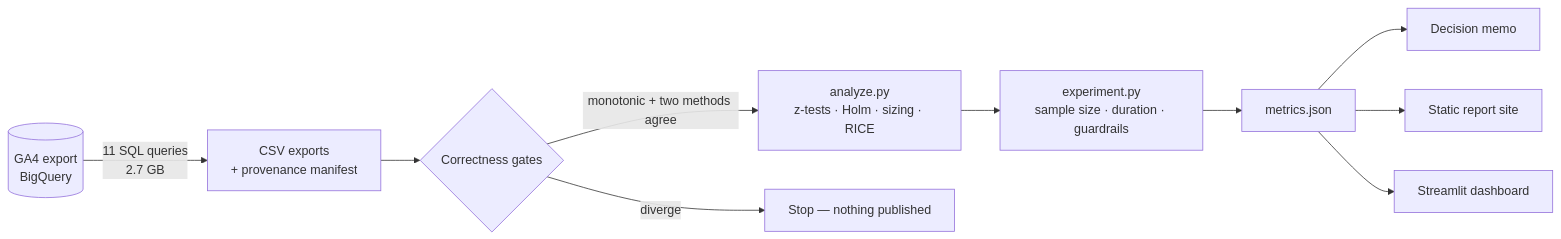
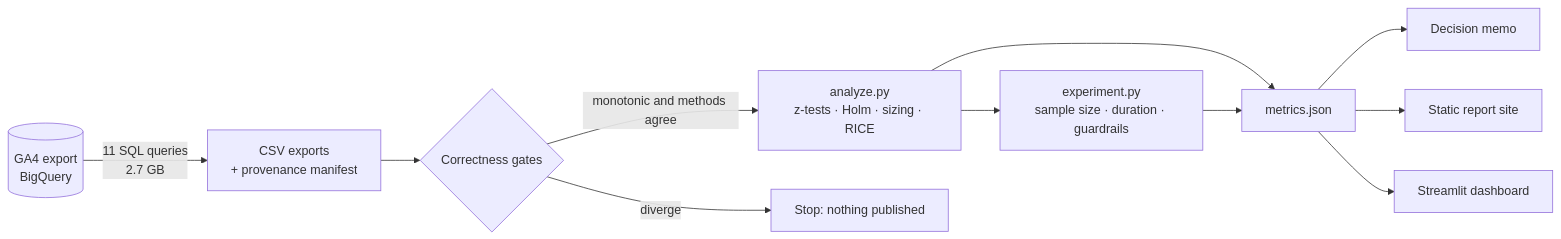
The diagram in README.md (IshaanS0112/FunnelScope), drawn with Mermaid before and after one commit. The commit also changed other lines of this file, not shown here.

````diff
--- a/README.md
+++ b/README.md
@@ -51,12 +49,13 @@
 ```mermaid
 flowchart LR
     A[(GA4 export<br/>BigQuery)] -->|11 SQL queries<br/>2.7 GB| B[CSV exports<br/>+ provenance manifest]
     B --> C{Correctness gates}
-    C -->|monotonic + two methods agree| D[analyze.py<br/>z-tests · Holm · sizing · RICE]
-    C -->|diverge| X[Stop — nothing published]
+    C -->|monotonic and methods agree| D[analyze.py<br/>z-tests · Holm · sizing · RICE]
+    C -->|diverge| X[Stop: nothing published]
     D --> T[experiment.py<br/>sample size · duration · guardrails]
-    T --> E[metrics.json]
+    D --> E[metrics.json]
+    T --> E
     E --> F[Decision memo]
     E --> G[Static report site]
     E --> H[Streamlit dashboard]
 ```
````
